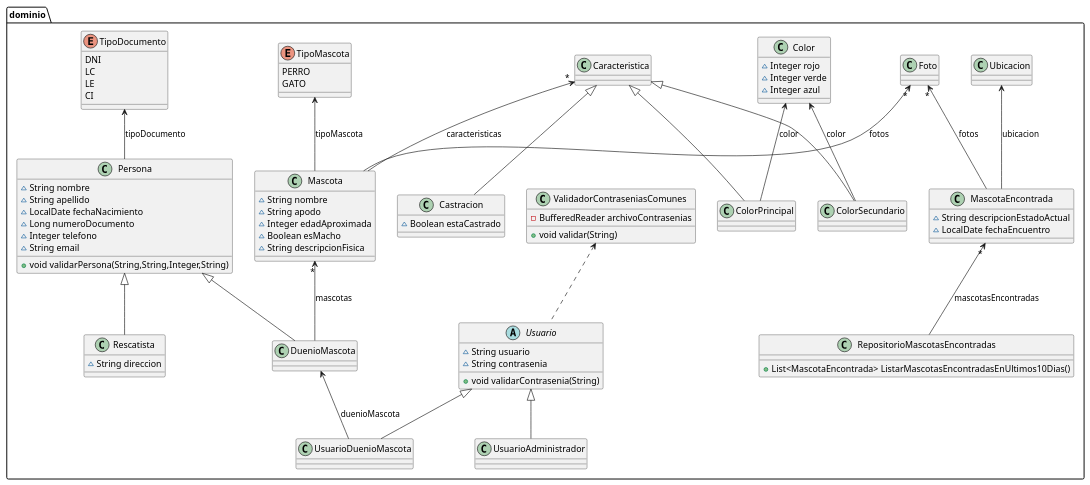
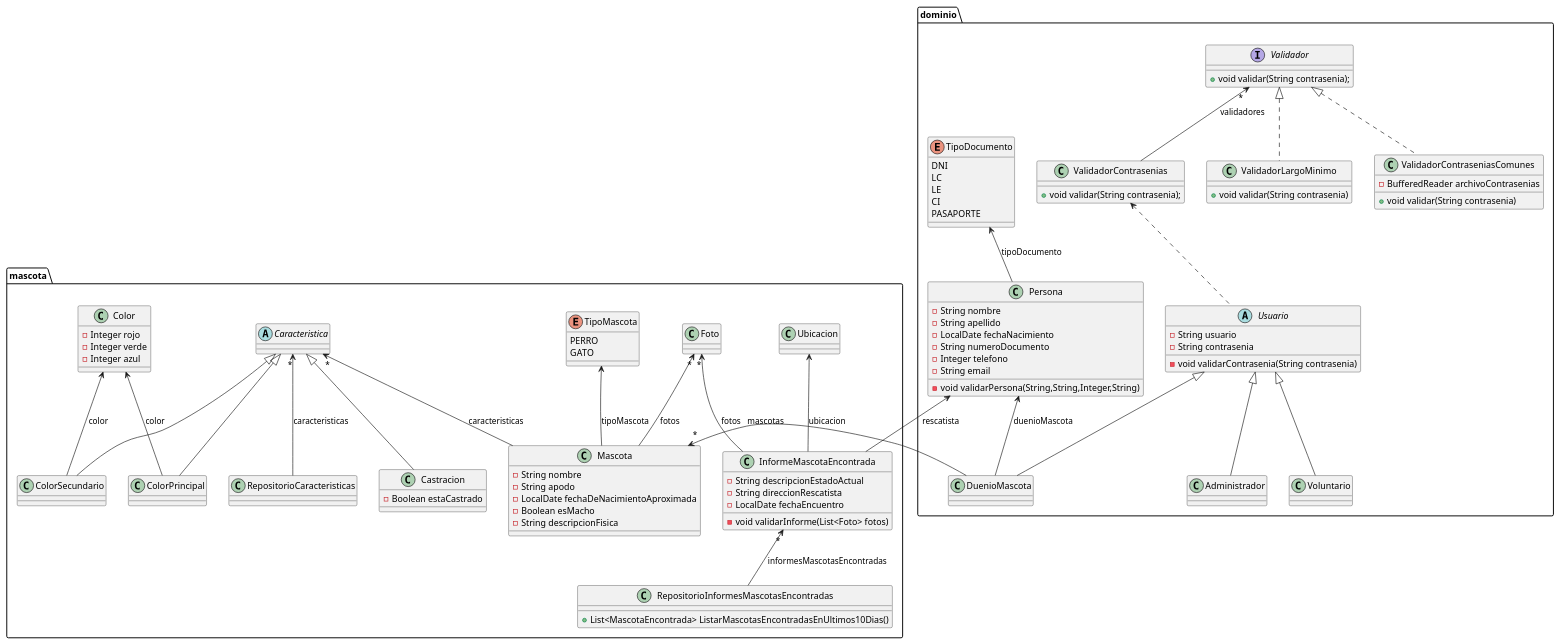
The diagram in entrega1.puml (AlejandroDeheza/TPA-DDS-2021-particular), drawn with PlantUML before and after one commit. The commit also changed 28 other files, not shown here.

```diff
--- a/entrega1.puml
+++ b/entrega1.puml
@@ -1,94 +1,110 @@
 @startuml
 class dominio.Persona {
-~ String nombre
-~ String apellido
-~ LocalDate fechaNacimiento
-~ Long numeroDocumento
-~ Integer telefono
-~ String email
-+ void validarPersona(String,String,Integer,String)
+- String nombre
+- String apellido
+- LocalDate fechaNacimiento
+- String numeroDocumento
+- Integer telefono
+- String email
+- void validarPersona(String,String,Integer,String)
+}
+class mascota.Mascota {
+- String nombre
+- String apodo
+- LocalDate fechaDeNacimientoAproximada
+- Boolean esMacho
+- String descripcionFisica
+}
+class mascota.RepositorioCaracteristicas {
+}
+class mascota.InformeMascotaEncontrada {
+- String descripcionEstadoActual
+- String direccionRescatista
+- LocalDate fechaEncuentro
+- void validarInforme(List<Foto> fotos)
+}
+class mascota.Foto {
+}
+abstract class mascota.Caracteristica {
+}
+class mascota.ColorPrincipal {
+}
+class mascota.ColorSecundario {
+}
+class mascota.Castracion {
+- Boolean estaCastrado
+}
+class mascota.Color {
+- Integer rojo
+- Integer verde
+- Integer azul
+}
+class mascota.Ubicacion {
+}
+class mascota.RepositorioInformesMascotasEncontradas {
++ List<MascotaEncontrada> ListarMascotasEncontradasEnUltimos10Dias()
+}
+abstract class dominio.Usuario {
+- String usuario
+- String contrasenia
+- void validarContrasenia(String contrasenia)
 }
 class dominio.DuenioMascota {
 }
-class dominio.Rescatista {
-~ String direccion
+class dominio.Administrador {
 }
-class dominio.Mascota {
-~ String nombre
-~ String apodo
-~ Integer edadAproximada
-~ Boolean esMacho
-~ String descripcionFisica
+class dominio.Voluntario {
+
 }
-class dominio.MascotaEncontrada {
-~ String descripcionEstadoActual
-~ LocalDate fechaEncuentro
+class dominio.ValidadorContrasenias {
++ void validar(String contrasenia);
 }
-class dominio.Foto {
+Interface dominio.Validador {
++ void validar(String contrasenia);
 }
-class dominio.Caracteristica {
-}
-class dominio.ColorPrincipal {
-}
-class dominio.ColorSecundario {
-}
-class dominio.Castracion {
-~ Boolean estaCastrado
-}
-class dominio.Color {
-~ Integer rojo
-~ Integer verde
-~ Integer azul
-}
-class dominio.Ubicacion {
-}
-class dominio.RepositorioMascotasEncontradas {
-+ List<MascotaEncontrada> ListarMascotasEncontradasEnUltimos10Dias()
-}
-abstract class dominio.Usuario {
-~ String usuario
-~ String contrasenia
-+ void validarContrasenia(String)
-}
-class dominio.UsuarioDuenioMascota {
-}
-class dominio.UsuarioAdministrador {
+class dominio.ValidadorLargoMinimo {
++ void validar(String contrasenia)
 }
 class dominio.ValidadorContraseniasComunes {
 - BufferedReader archivoContrasenias
-+ void validar(String)
++ void validar(String contrasenia)
 }
 
 enum dominio.TipoDocumento{
 DNI
 LC
 LE
 CI
+PASAPORTE
 }
-enum dominio.TipoMascota{
+enum mascota.TipoMascota{
 PERRO
 GATO
 }
 
+dominio.ValidadorContrasenias <.. dominio.Usuario
+dominio.Validador "*" <-- dominio.ValidadorContrasenias: validadores
+dominio.Validador <|.. dominio.ValidadorLargoMinimo
+dominio.Validador <|.. dominio.ValidadorContraseniasComunes
+dominio.Persona <-- dominio.DuenioMascota: duenioMascota
+dominio.TipoDocumento <-- dominio.Persona: tipoDocumento
+mascota.Mascota "*" <-- dominio.DuenioMascota: mascotas
+mascota.Caracteristica "*" <-- mascota.RepositorioCaracteristicas: caracteristicas
+mascota.TipoMascota <-- mascota.Mascota: tipoMascota
+mascota.Foto "*" <-- mascota.Mascota: fotos
+mascota.Caracteristica "*" <-- mascota.Mascota: caracteristicas
+mascota.Caracteristica <|-- mascota.Castracion
+mascota.Caracteristica <|-- mascota.ColorPrincipal
+mascota.Caracteristica <|-- mascota.ColorSecundario
+dominio.Usuario <|-- dominio.DuenioMascota
+dominio.Usuario <|-- dominio.Administrador
+dominio.Usuario <|-- dominio.Voluntario
 
-dominio.Persona <|-- dominio.Rescatista
-dominio.Caracteristica <|-- dominio.Castracion
-dominio.Caracteristica <|-- dominio.ColorSecundario
-dominio.Usuario <|-- dominio.UsuarioDuenioMascota
-dominio.Persona <|-- dominio.DuenioMascota
-dominio.Usuario <|-- dominio.UsuarioAdministrador
-dominio.Caracteristica <|-- dominio.ColorPrincipal
-dominio.TipoDocumento <-- dominio.Persona: tipoDocumento
-dominio.Mascota "*" <-- dominio.DuenioMascota: mascotas
-dominio.TipoMascota <-- dominio.Mascota: tipoMascota
-dominio.Foto "*" <-- dominio.Mascota: fotos
-dominio.Caracteristica "*" <-- dominio.Mascota: caracteristicas
-dominio.Foto "*" <-- dominio.MascotaEncontrada: fotos
-dominio.Ubicacion <-- dominio.MascotaEncontrada: ubicacion
-dominio.Color <-- dominio.ColorPrincipal: color
-dominio.Color <-- dominio.ColorSecundario: color
-dominio.DuenioMascota <-- dominio.UsuarioDuenioMascota: duenioMascota
-dominio.ValidadorContraseniasComunes <.. dominio.Usuario
-dominio.MascotaEncontrada "*" <-- dominio.RepositorioMascotasEncontradas: mascotasEncontradas
+mascota.InformeMascotaEncontrada "*" <-- mascota.RepositorioInformesMascotasEncontradas: informesMascotasEncontradas
+mascota.Foto "*" <-- mascota.InformeMascotaEncontrada: fotos
+mascota.Ubicacion <-- mascota.InformeMascotaEncontrada: ubicacion
+dominio.Persona <-- mascota.InformeMascotaEncontrada: rescatista
+mascota.Color <-- mascota.ColorPrincipal: color
+mascota.Color <-- mascota.ColorSecundario: color
 
 @enduml
```
